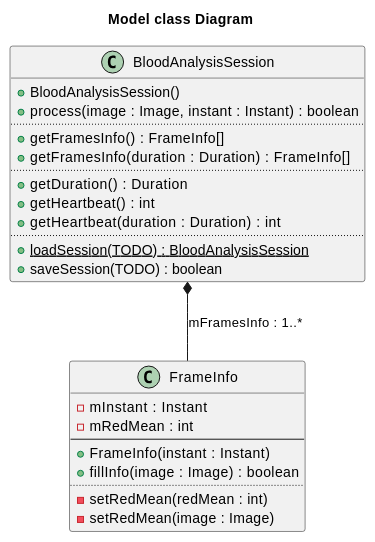
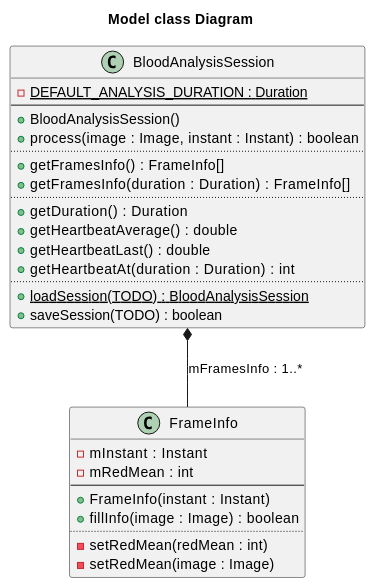
One commit to thisyilife/Smartphone-PPG changed the diagram in model_uml.md. Above: the diagram before and after it, drawn with PlantUML. The commit also changed 2 other files, not shown here.

Commit message:
Added dummy functions in model Updated uml accordingly

````diff
--- a/model_uml.md
+++ b/model_uml.md
@@ -1,30 +1,33 @@
 ```plantuml
 title Model class Diagram
 
 class BloodAnalysisSession{
+    - {static} DEFAULT_ANALYSIS_DURATION : Duration
+    ----
     + BloodAnalysisSession()
     + process(image : Image, instant : Instant) : boolean
     ....
     + getFramesInfo() : FrameInfo[]
     + getFramesInfo(duration : Duration) : FrameInfo[]
     ....
     + getDuration() : Duration
-    + getHeartbeat() : int
-    + getHeartbeat(duration : Duration) : int
+    + getHeartbeatAverage() : double
+    + getHeartbeatLast() : double
+    + getHeartbeatAt(duration : Duration) : int
     ....
     + {static} loadSession(TODO) : BloodAnalysisSession
     + saveSession(TODO) : boolean
 }
 BloodAnalysisSession *-- FrameInfo : mFramesInfo : 1..*
 
 class FrameInfo{
     - mInstant : Instant
     - mRedMean : int
     ----
     + FrameInfo(instant : Instant)
     + fillInfo(image : Image) : boolean
     ....
     - setRedMean(redMean : int)
     - setRedMean(image : Image)
 }
 ```
````
